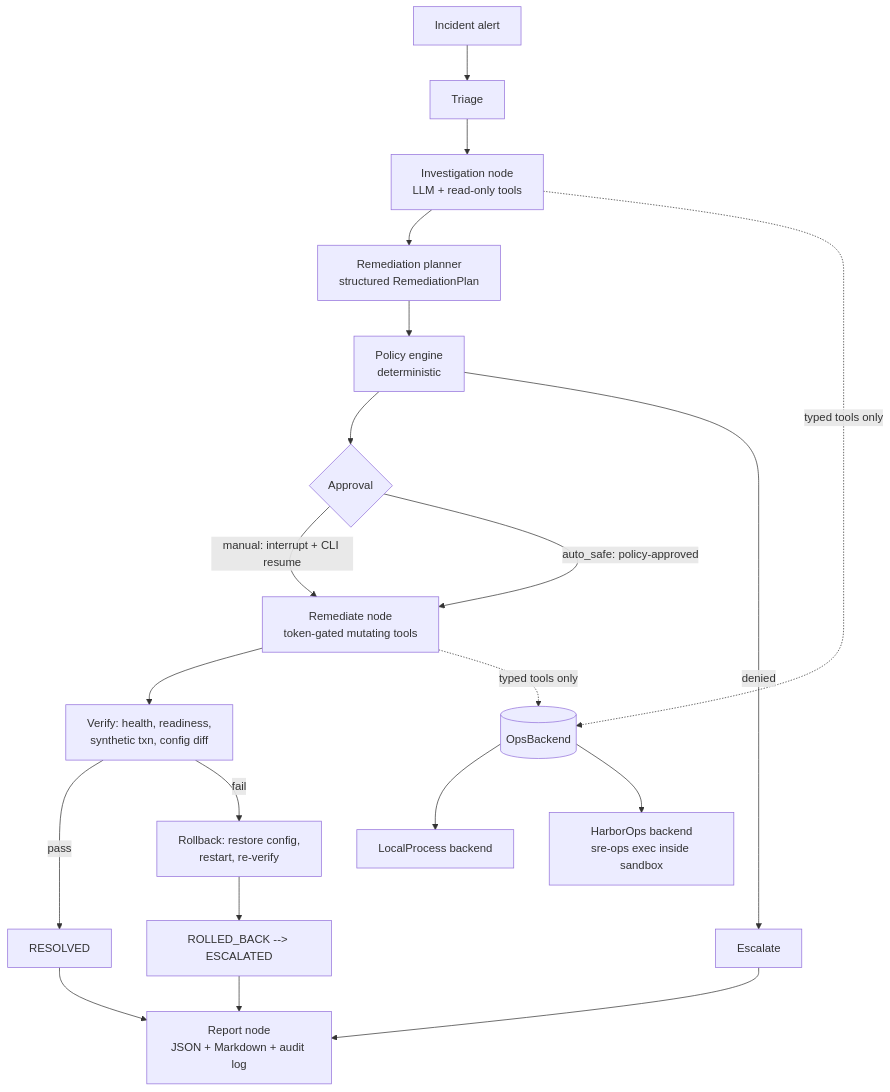
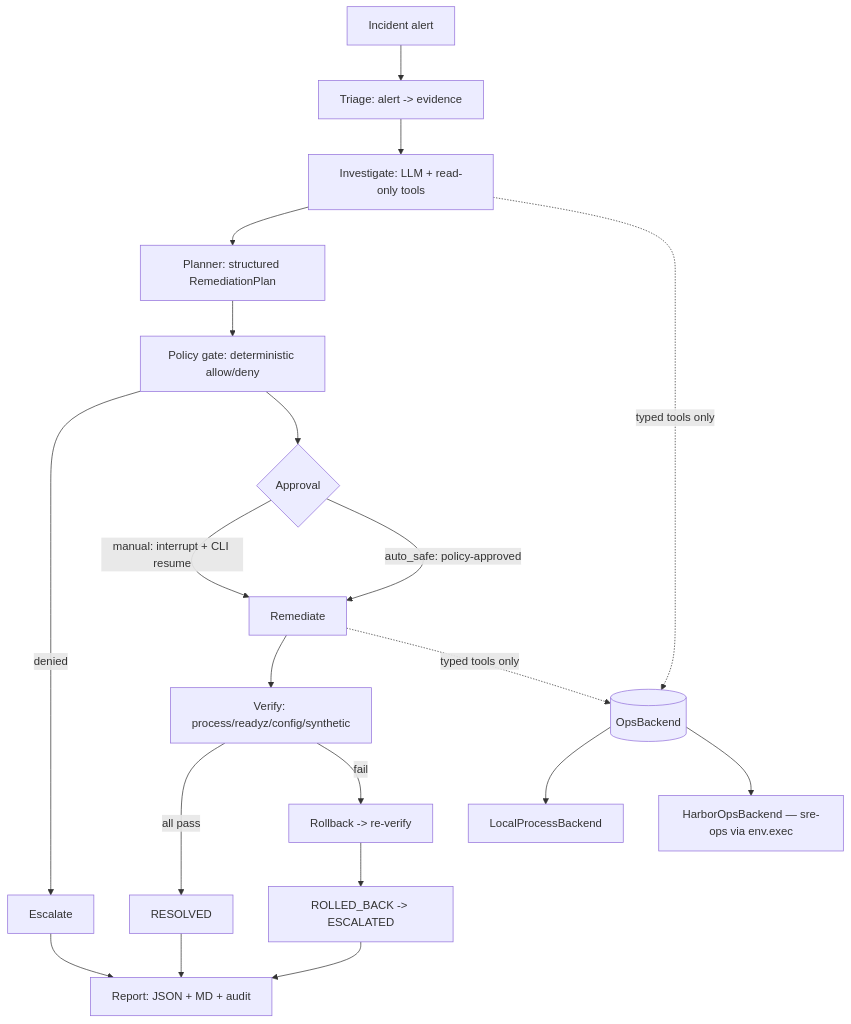
The diagram in README.md (thanay-sisir/sentinelsre), drawn with Mermaid before and after one commit. The commit also changed other lines of this file and 13 other files, not shown here.

````diff
--- a/README.md
+++ b/README.md
@@ -18,21 +78,21 @@
 ```mermaid
 flowchart TD
-    A[Incident alert] --> B[Triage]
-    B --> C[Investigation node<br/>LLM + read-only tools]
-    C --> D[Remediation planner<br/>structured RemediationPlan]
-    D --> E[Policy engine<br/>deterministic]
+    A[Incident alert] --> B[Triage: alert -> evidence]
+    B --> C[Investigate: LLM + read-only tools]
+    C --> D[Planner: structured RemediationPlan]
+    D --> E[Policy gate: deterministic allow/deny]
+    E -->|denied| H[Escalate]
     E --> F{Approval}
-    F -->|manual: interrupt + CLI resume| G[Remediate node<br/>token-gated mutating tools]
+    F -->|manual: interrupt + CLI resume| G[Remediate]
     F -->|auto_safe: policy-approved| G
-    E -->|denied| H[Escalate]
-    G --> I[Verify: health, readiness,<br/>synthetic txn, config diff]
-    I -->|pass| J[RESOLVED]
-    I -->|fail| K[Rollback: restore config,<br/>restart, re-verify]
-    K --> L[ROLLED_BACK --> ESCALATED]
-    J --> M[Report node<br/>JSON + Markdown + audit log]
+    G --> I[Verify: process/readyz/config/synthetic]
+    I -->|all pass| J[RESOLVED]
+    I -->|fail| K[Rollback -> re-verify]
+    K --> L[ROLLED_BACK -> ESCALATED]
+    J --> M[Report: JSON + MD + audit]
     H --> M
     L --> M
     C & G -.->|typed tools only| N[(OpsBackend)]
-    N --> O[LocalProcess backend]
-    N --> P[HarborOps backend<br/>sre-ops exec inside sandbox]
+    N --> O[LocalProcessBackend]
+    N --> P[HarborOpsBackend — sre-ops via env.exec]
 ```
````
